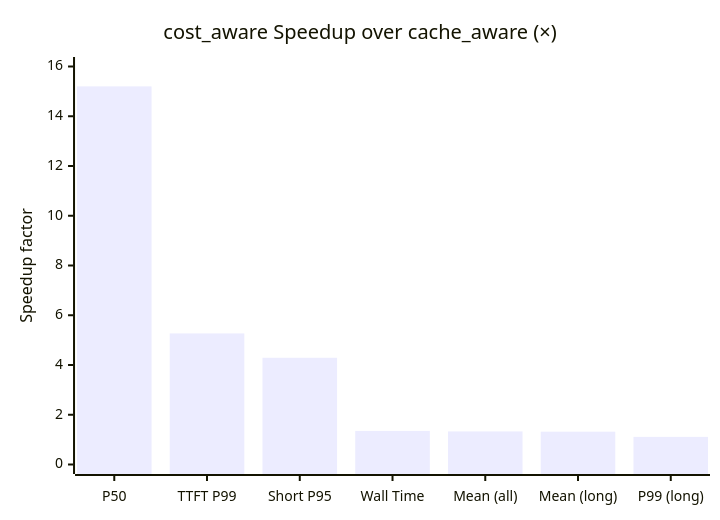
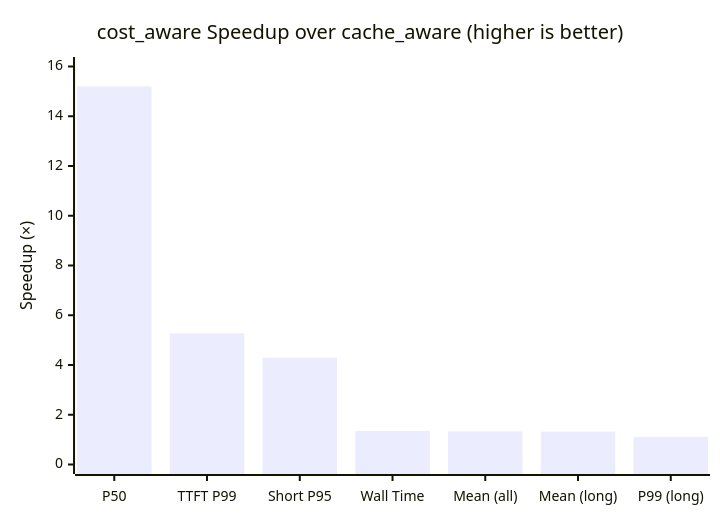
One commit to yangw1234/sglang_upstream_fork changed the sixth of 6 diagrams in sgl-model-gateway/docs/cost-aware-extreme-scenario.md. Above: the diagram before and after it, drawn with Mermaid. The commit also changed other lines of this file, not shown here.

````diff
--- a/sgl-model-gateway/docs/cost-aware-extreme-scenario.md
+++ b/sgl-model-gateway/docs/cost-aware-extreme-scenario.md
@@ -308,7 +330,7 @@
 ```mermaid
 xychart-beta
-    title "cost_aware Speedup over cache_aware (×)"
+    title "cost_aware Speedup over cache_aware (higher is better)"
     x-axis ["P50", "TTFT P99", "Short P95", "Wall Time", "Mean (all)", "Mean (long)", "P99 (long)"]
-    y-axis "Speedup factor" 0 --> 16
+    y-axis "Speedup (×)" 0 --> 16
     bar [15.2, 5.27, 4.29, 1.35, 1.33, 1.32, 1.11]
 ```
````
